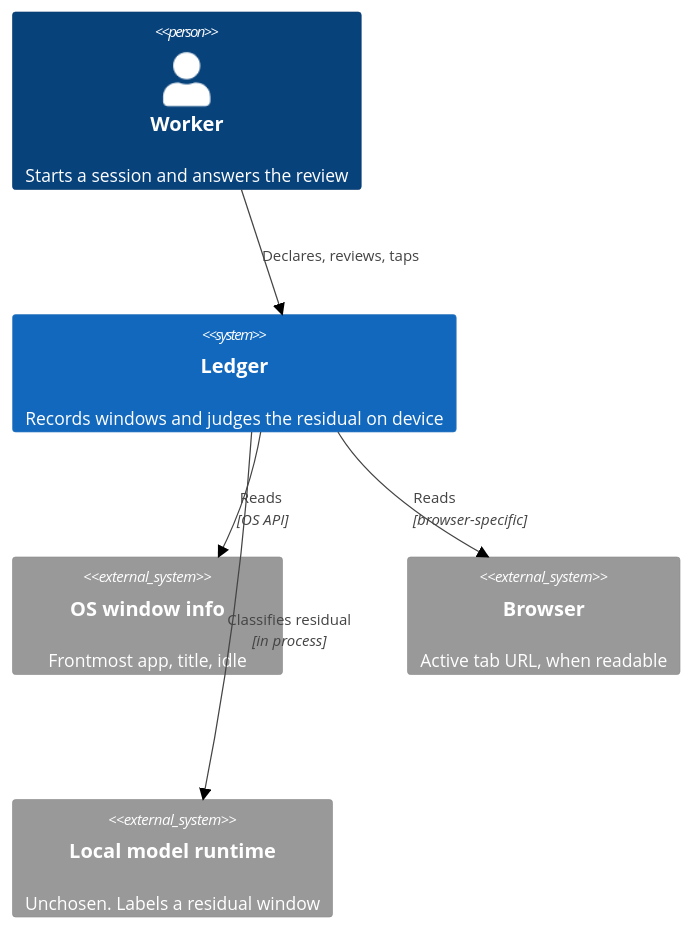
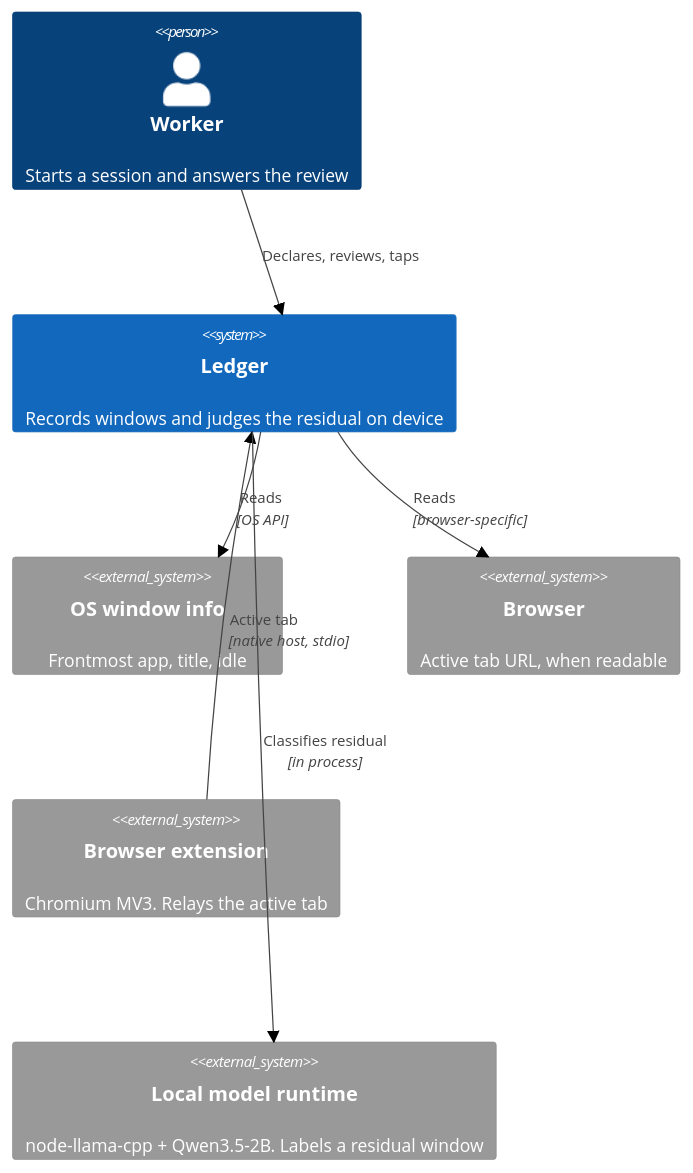
Before and after one commit to Alexandre-Nevero/focuslocal: the first of 2 diagrams in docs/system-design.md, drawn with Mermaid (forest theme). The commit also changed other lines of this file, not shown here.

Commit message:
Write the build spec into system-design.

````diff
--- a/docs/system-design.md
+++ b/docs/system-design.md
@@ -15,12 +15,14 @@
 ```mermaid
 C4Context
   Person(worker, "Worker", "Starts a session and answers the review")
   System(ledger, "Ledger", "Records windows and judges the residual on device")
   System_Ext(oswin, "OS window info", "Frontmost app, title, idle")
   System_Ext(browser, "Browser", "Active tab URL, when readable")
-  System_Ext(runtime, "Local model runtime", "Unchosen. Labels a residual window")
+  System_Ext(extension, "Browser extension", "Chromium MV3. Relays the active tab")
+  System_Ext(runtime, "Local model runtime", "node-llama-cpp + Qwen3.5-2B. Labels a residual window")
   Rel(worker, ledger, "Declares, reviews, taps")
   Rel(ledger, oswin, "Reads", "OS API")
   Rel(ledger, browser, "Reads", "browser-specific")
+  Rel(extension, ledger, "Active tab", "native host, stdio")
   Rel(ledger, runtime, "Classifies residual", "in process")
 ```
````
